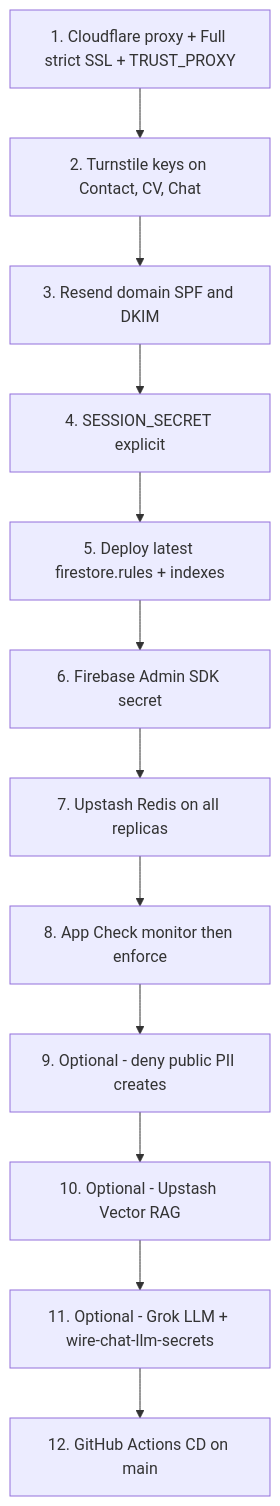
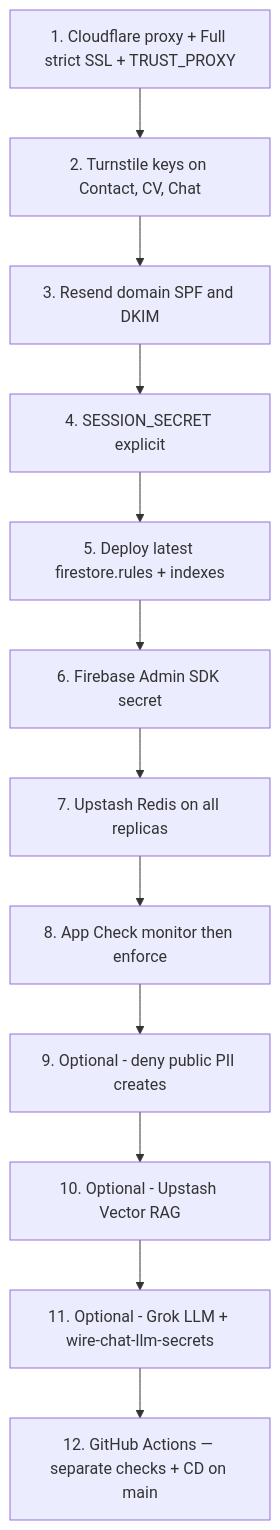
Before and after one commit to mosufyan/sufyan-portfolio: the sixth of 6 diagrams in docs/SECURITY_CONFIGURATION.md, drawn with Mermaid. The commit also changed other lines of this file and 27 other files, not shown here.

````diff
--- a/docs/SECURITY_CONFIGURATION.md
+++ b/docs/SECURITY_CONFIGURATION.md
@@ -288,15 +288,15 @@
 ```mermaid
 flowchart TD
   S1["1. Cloudflare proxy + Full strict SSL + TRUST_PROXY"] --> S2
   S2["2. Turnstile keys on Contact, CV, Chat"] --> S3
   S3["3. Resend domain SPF and DKIM"] --> S4
   S4["4. SESSION_SECRET explicit"] --> S5
   S5["5. Deploy latest firestore.rules + indexes"] --> S6
   S6["6. Firebase Admin SDK secret"] --> S7
   S7["7. Upstash Redis on all replicas"] --> S8
   S8["8. App Check monitor then enforce"] --> S9
   S9["9. Optional - deny public PII creates"] --> S10
   S10["10. Optional - Upstash Vector RAG"] --> S11
   S11["11. Optional - Grok LLM + wire-chat-llm-secrets"] --> S12
-  S12["12. GitHub Actions CD on main"]
+  S12["12. GitHub Actions — separate checks + CD on main"]
 ```
````
